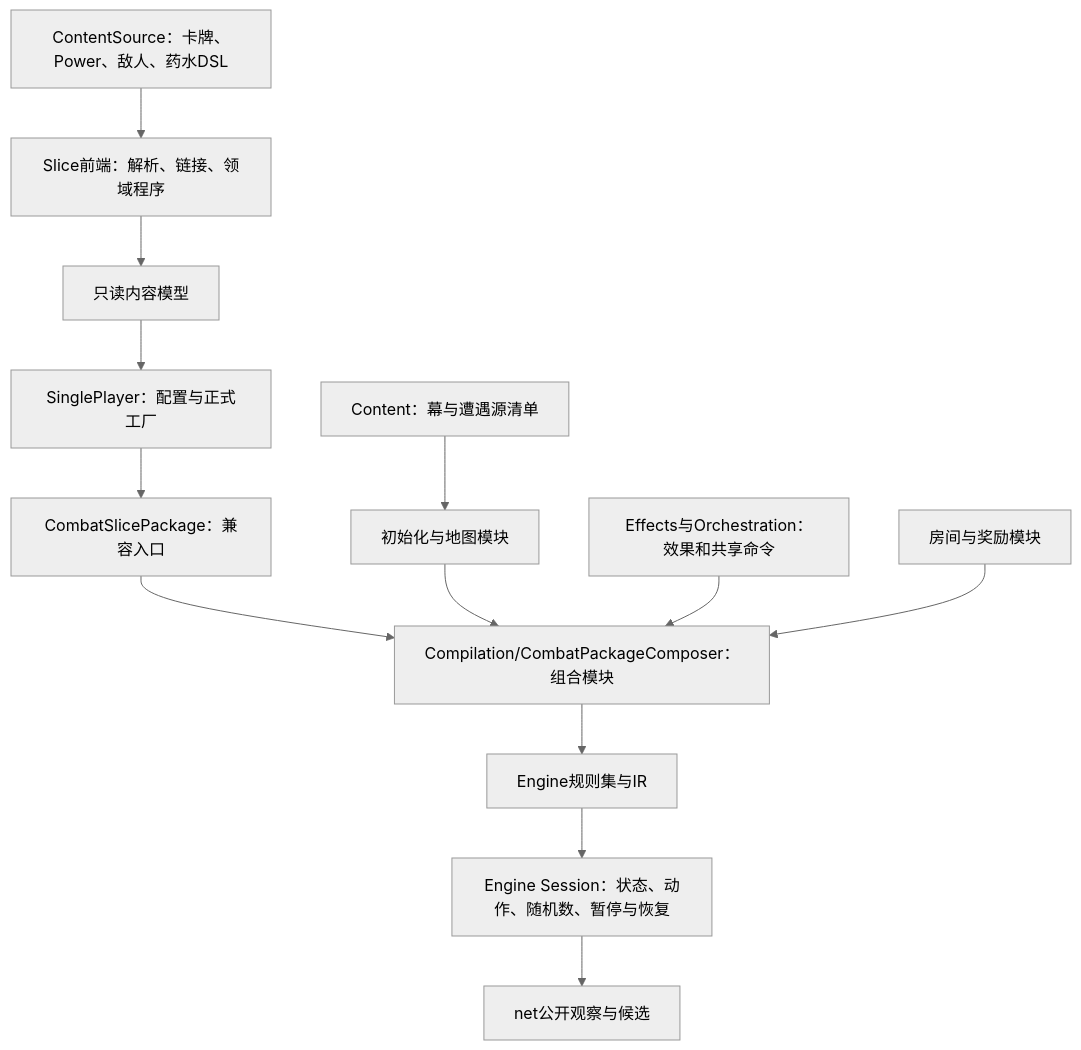
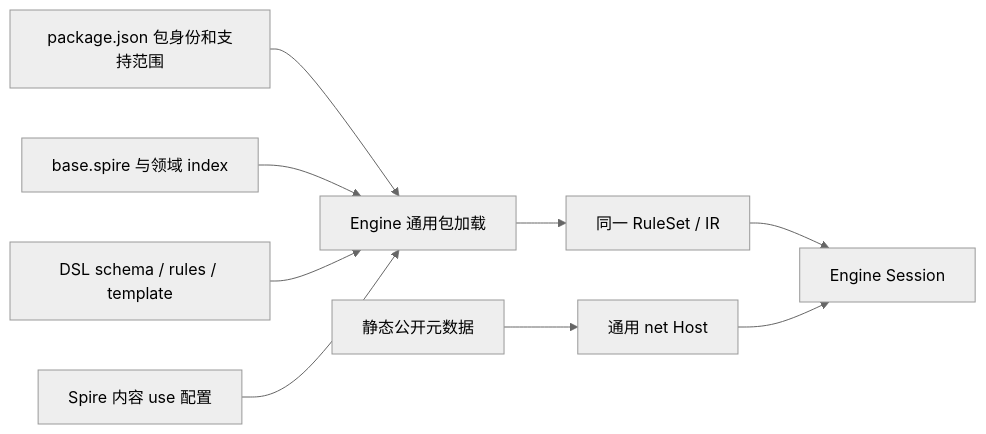
Before and after one commit to QingXiang22/auto-the-spire: the diagram in docs/design/mod-the-spire/base-architecture.md, drawn with Mermaid (neutral theme). The commit also changed other lines of this file and 697 other files, not shown here.

````diff
--- a/docs/design/mod-the-spire/base-architecture.md
+++ b/docs/design/mod-the-spire/base-architecture.md
@@ -9,15 +7,11 @@
 ```mermaid
-flowchart TD
-    Text[ContentSource：卡牌、Power、敌人、药水DSL] --> Front[Slice前端：解析、链接、领域程序]
-    Pools[Content：幕与遭遇源清单] --> Init[初始化与地图模块]
-    Front --> Model[只读内容模型]
-    Model --> Factory[SinglePlayer：配置与正式工厂]
-    Factory --> Entry[CombatSlicePackage：兼容入口]
-    Entry --> Build[Compilation/CombatPackageComposer：组合模块]
-    Init --> Build
-    Effects[Effects与Orchestration：效果和共享命令] --> Build
-    Rooms[房间与奖励模块] --> Build
-    Build --> IR[Engine规则集与IR]
-    IR --> Session[Engine Session：状态、动作、随机数、暂停与恢复]
-    Session --> Net[net公开观察与候选]
+flowchart LR
+    Manifest[package.json 包身份和支持范围] --> Load[Engine 通用包加载]
+    Root[base.spire 与领域 index] --> Load
+    Rules[DSL schema / rules / template] --> Load
+    Content[Spire 内容 use 配置] --> Load
+    Load --> IR[同一 RuleSet / IR]
+    IR --> Session[Engine Session]
+    Meta[静态公开元数据] --> Host[通用 net Host]
+    Host --> Session
 ```
````
